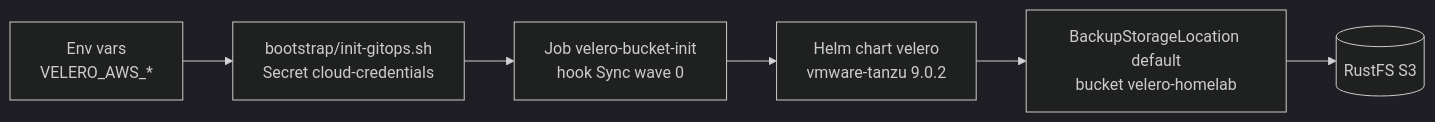
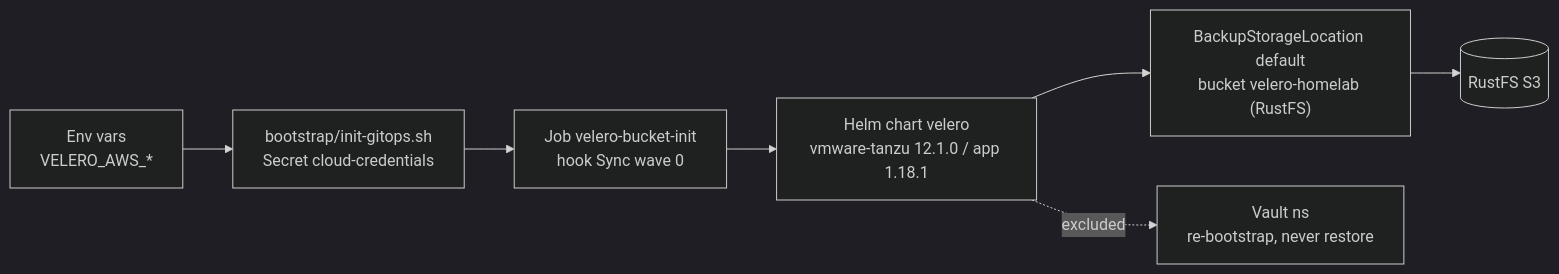
The diagram in platform/velero/README.md (Seom88/secured-gitops-tailscale-homelab), drawn with Mermaid (dark theme) before and after one commit. The commit also changed other lines of this file and 3 other files, not shown here.

Commit message:
feat(velero): update documentation and configuration to exclude Vault from backups and implement Longhorn local snapshots for crash-consistency

````diff
--- a/platform/velero/README.md
+++ b/platform/velero/README.md
@@ -23,8 +24,9 @@
 ```mermaid
 flowchart LR
     ENV["Env vars<br/>VELERO_AWS_*"] --> BOOT["bootstrap/init-gitops.sh<br/>Secret cloud-credentials"]
     BOOT --> JOB["Job velero-bucket-init<br/>hook Sync wave 0"]
-    JOB --> CHART["Helm chart velero<br/>vmware-tanzu 9.0.2"]
-    CHART --> BSL["BackupStorageLocation default<br/>bucket velero-homelab"]
+    JOB --> CHART["Helm chart velero<br/>vmware-tanzu 12.1.0 / app 1.18.1"]
+    CHART --> BSL["BackupStorageLocation default<br/>bucket velero-homelab (RustFS)"]
     BSL --> RUSTFS[("RustFS S3")]
+    CHART -.->|excluded| VAULT["Vault ns<br/>re-bootstrap, never restore"]
 ```
````
